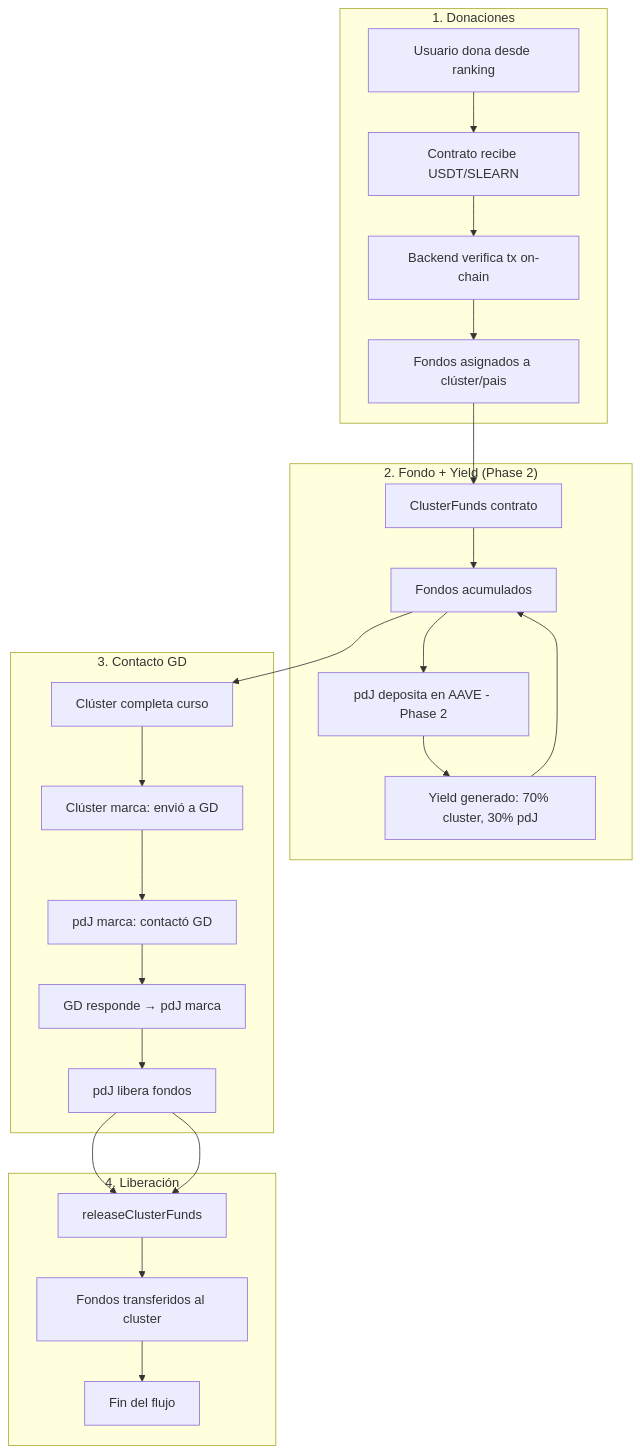
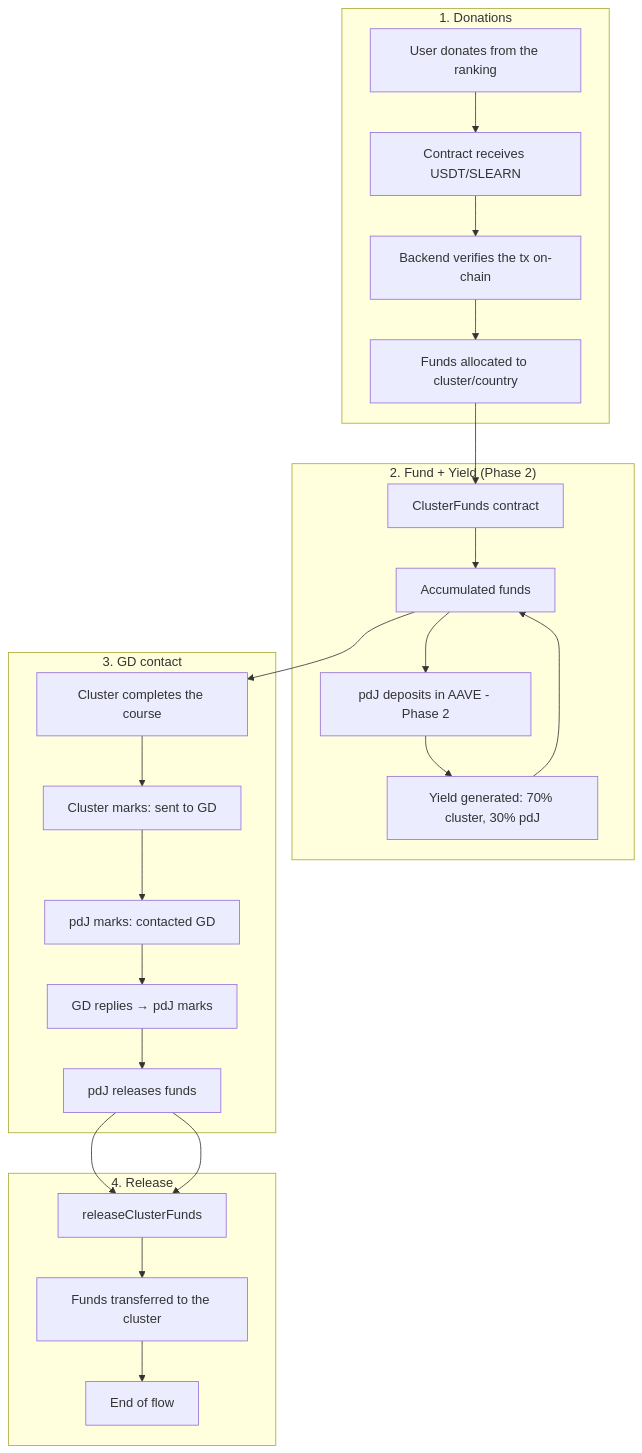
The second of 2 diagrams in REQ/155.md (pasosdeJesus/learn.tg), drawn with Mermaid before and after one commit. The commit also changed other lines of this file and 29 other files, not shown here.

````diff
--- a/REQ/155.md
+++ b/REQ/155.md
@@ -367,32 +367,32 @@
 ```mermaid
 flowchart TB
-    subgraph Donaciones["1. Donaciones"]
-        D[Usuario dona desde ranking] --> E[Contrato recibe USDT/SLEARN]
-        E --> F[Backend verifica tx on-chain]
-        F --> G[Fondos asignados a clúster/pais]
+    subgraph Donations["1. Donations"]
+        D[User donates from the ranking] --> E[Contract receives USDT/SLEARN]
+        E --> F[Backend verifies the tx on-chain]
+        F --> G[Funds allocated to cluster/country]
     end
 
-    subgraph Fondo["2. Fondo + Yield (Phase 2)"]
-        G --> H[ClusterFunds contrato]
-        H --> I[Fondos acumulados]
-        I --> J[pdJ deposita en AAVE - Phase 2]
-        J --> K[Yield generado: 70% cluster, 30% pdJ]
+    subgraph Fund["2. Fund + Yield (Phase 2)"]
+        G --> H[ClusterFunds contract]
+        H --> I[Accumulated funds]
+        I --> J[pdJ deposits in AAVE - Phase 2]
+        J --> K[Yield generated: 70% cluster, 30% pdJ]
         K --> I
     end
 
-    subgraph Contacto["3. Contacto GD"]
-        L[Clúster completa curso] --> M[Clúster marca: envió a GD]
-        M --> N[pdJ marca: contactó GD]
-        N --> O[GD responde → pdJ marca]
-        O --> P[pdJ libera fondos]
+    subgraph Contact["3. GD contact"]
+        L[Cluster completes the course] --> M[Cluster marks: sent to GD]
+        M --> N[pdJ marks: contacted GD]
+        N --> O[GD replies → pdJ marks]
+        O --> P[pdJ releases funds]
     end
 
-    subgraph Liberacion["4. Liberación"]
+    subgraph Release["4. Release"]
         P --> Q[releaseClusterFunds]
-        Q --> R[Fondos transferidos al cluster]
-        R --> S[Fin del flujo]
+        Q --> R[Funds transferred to the cluster]
+        R --> S[End of flow]
     end
 
     I --> L
     P --> Q
 ```
````
